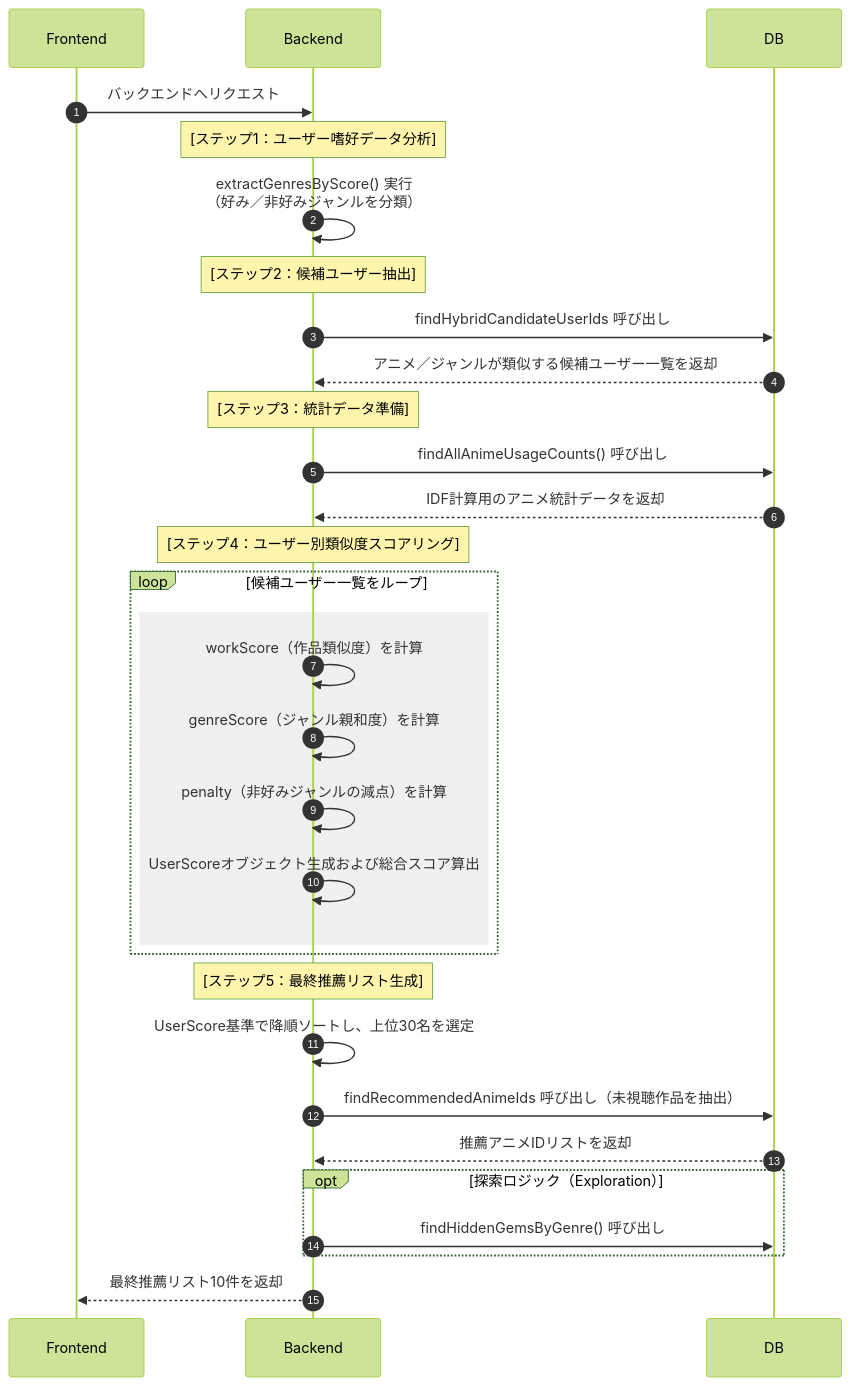
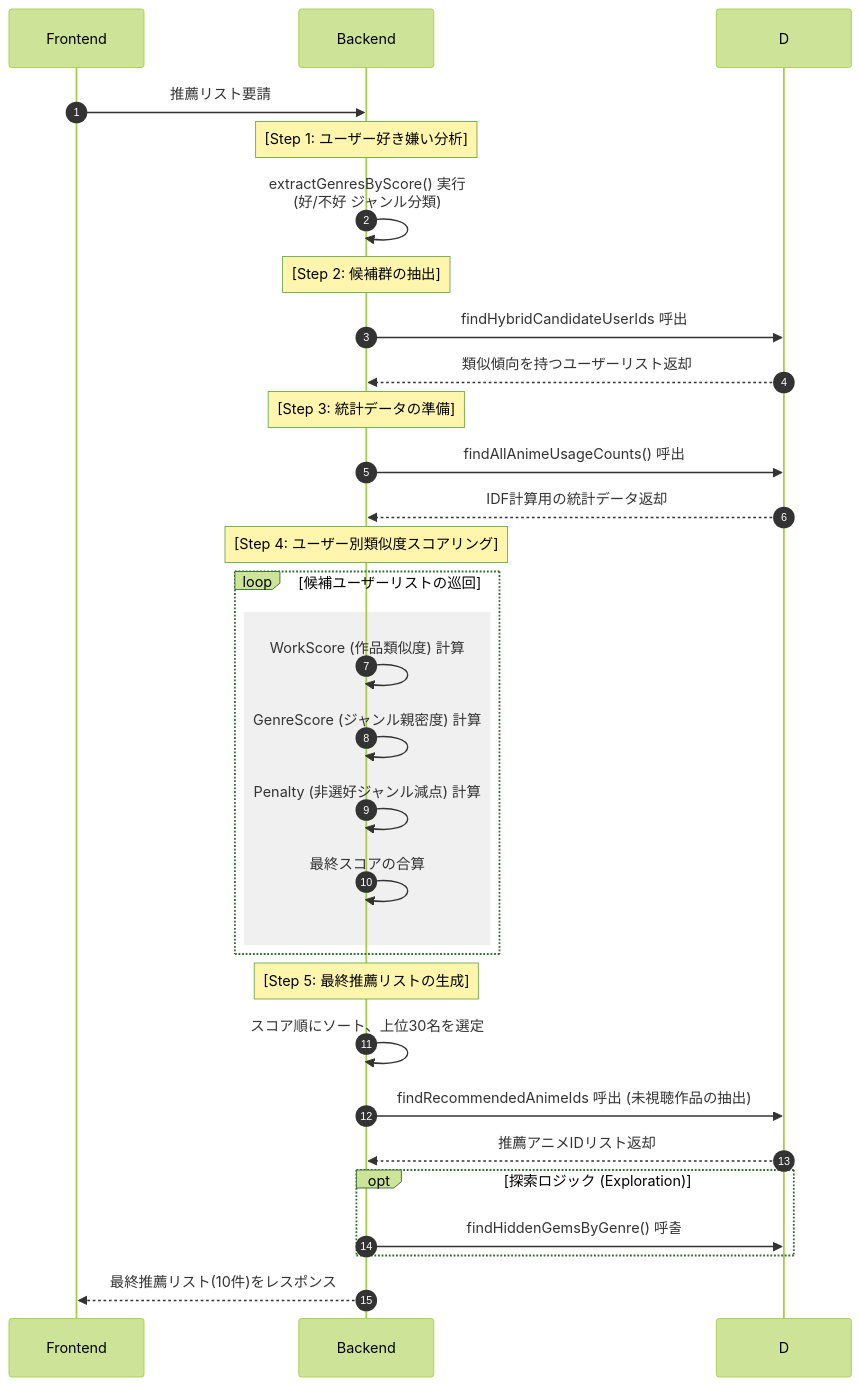
Before and after one commit to You-HyunHo/ani-frontend: the diagram in README.md, drawn with Mermaid (forest theme). The commit also changed other lines of this file, not shown here.

````diff
--- a/README.md
+++ b/README.md
@@ -35,41 +55,40 @@
 ```mermaid
 sequenceDiagram
     autonumber
     participant FE as Frontend 
     participant BE as Backend 
-    participant DB 
+    participant DB as D
+    FE->>BE: 推薦リスト要請
+    
+    Note over BE: [Step 1: ユーザー好き嫌い分析]
+    BE->>BE: extractGenresByScore() 実行<br/>(好/不好 ジャンル分類)
 
-    FE->>BE: バックエンドへリクエスト
-    
-    Note over BE: [ステップ1：ユーザー嗜好データ分析]
-    BE->>BE: extractGenresByScore() 実行<br/>（好み／非好みジャンルを分類）
+    Note over BE: [Step 2: 候補群の抽出]
+    BE->>DB: findHybridCandidateUserIds 呼出
+    DB-->>BE: 類似傾向を持つユーザーリスト返却
 
-    Note over BE: [ステップ2：候補ユーザー抽出]
-    BE->>DB: findHybridCandidateUserIds 呼び出し
-    DB-->>BE: アニメ／ジャンルが類似する候補ユーザー一覧を返却
+    Note over BE: [Step 3: 統計データの準備]
+    BE->>DB: findAllAnimeUsageCounts() 呼出
+    DB-->>BE: IDF計算用の統計データ返却
 
-    Note over BE: [ステップ3：統計データ準備]
-    BE->>DB: findAllAnimeUsageCounts() 呼び出し
-    DB-->>BE: IDF計算用のアニメ統計データを返却
-
-    Note over BE: [ステップ4：ユーザー別類似度スコアリング]
-    loop 候補ユーザー一覧をループ
+    Note over BE: [Step 4: ユーザー別類似度スコアリング]
+    loop 候補ユーザーリストの巡回
         rect rgb(240, 240, 240)
-            BE->>BE: workScore（作品類似度）を計算
-            BE->>BE: genreScore（ジャンル親和度）を計算
-            BE->>BE: penalty（非好みジャンルの減点）を計算
-            BE->>BE: UserScoreオブジェクト生成および総合スコア算出
+            BE->>BE: WorkScore (作品類似度) 計算
+            BE->>BE: GenreScore (ジャンル親密度) 計算
+            BE->>BE: Penalty (非選好ジャンル減点) 計算
+            BE->>BE: 最終スコアの合算
         end
     end
 
-    Note over BE: [ステップ5：最終推薦リスト生成]
-    BE->>BE: UserScore基準で降順ソートし、上位30名を選定
-    BE->>DB: findRecommendedAnimeIds 呼び出し（未視聴作品を抽出）
-    DB-->>BE: 推薦アニメIDリストを返却
+    Note over BE: [Step 5: 最終推薦リストの生成]
+    BE->>BE: スコア順にソート、上位30名を選定
+    BE->>DB: findRecommendedAnimeIds 呼出 (未視聴作品の抽出)
+    DB-->>BE: 推薦アニメIDリスト返却
     
-    opt 探索ロジック（Exploration）
-        BE->>DB: findHiddenGemsByGenre() 呼び出し
+    opt 探索ロジック (Exploration)
+        BE->>DB: findHiddenGemsByGenre() 呼출
     end
 
-    BE-->>FE: 最終推薦リスト10件を返却
+    BE-->>FE: 最終推薦リスト(10件)をレスポンス
 ```
````
